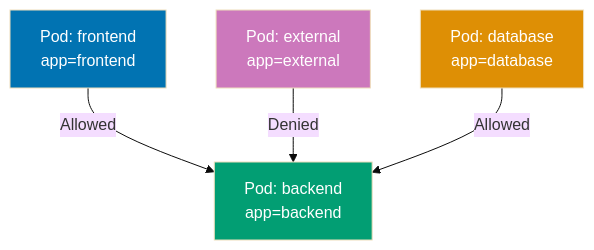
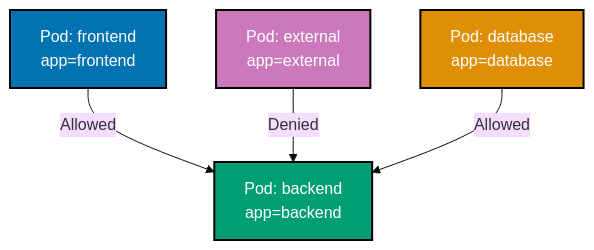
The second of 14 diagrams in apps/ayokoding-web/content/en/learn/software-engineering/infrastructure/tools/kubernetes/by-example/advanced.md (wahidyankf/open-sharia-enterprise), drawn with Mermaid (base theme) before and after one commit. The commit also changed other lines of this file and 25 other files, not shown here.

````diff
--- a/apps/ayokoding-web/content/en/learn/software-engineering/infrastructure/tools/kubernetes/by-example/advanced.md
+++ b/apps/ayokoding-web/content/en/learn/software-engineering/infrastructure/tools/kubernetes/by-example/advanced.md
@@ -954,12 +955,13 @@
 ```mermaid
+%% Color Palette: Blue #0173B2, Orange #DE8F05, Teal #029E73, Purple #CC78BC, Brown #CA9161
 %% NetworkPolicy traffic control
 graph TD
  A[Pod: frontend<br/>app=frontend] -->|Allowed| B[Pod: backend<br/>app=backend]
  C[Pod: external<br/>app=external] -->|Denied| B
  D[Pod: database<br/>app=database] -->|Allowed| B
 
- style A fill:#0173B2,color:#fff
- style B fill:#029E73,color:#fff
- style C fill:#CC78BC,color:#fff
- style D fill:#DE8F05,color:#fff
+ style A fill:#0173B2,stroke:#000000,stroke-width:2px,color:#fff
+ style B fill:#029E73,stroke:#000000,stroke-width:2px,color:#fff
+ style C fill:#CC78BC,stroke:#000000,stroke-width:2px,color:#fff
+ style D fill:#DE8F05,stroke:#000000,stroke-width:2px,color:#fff
 ```
````
